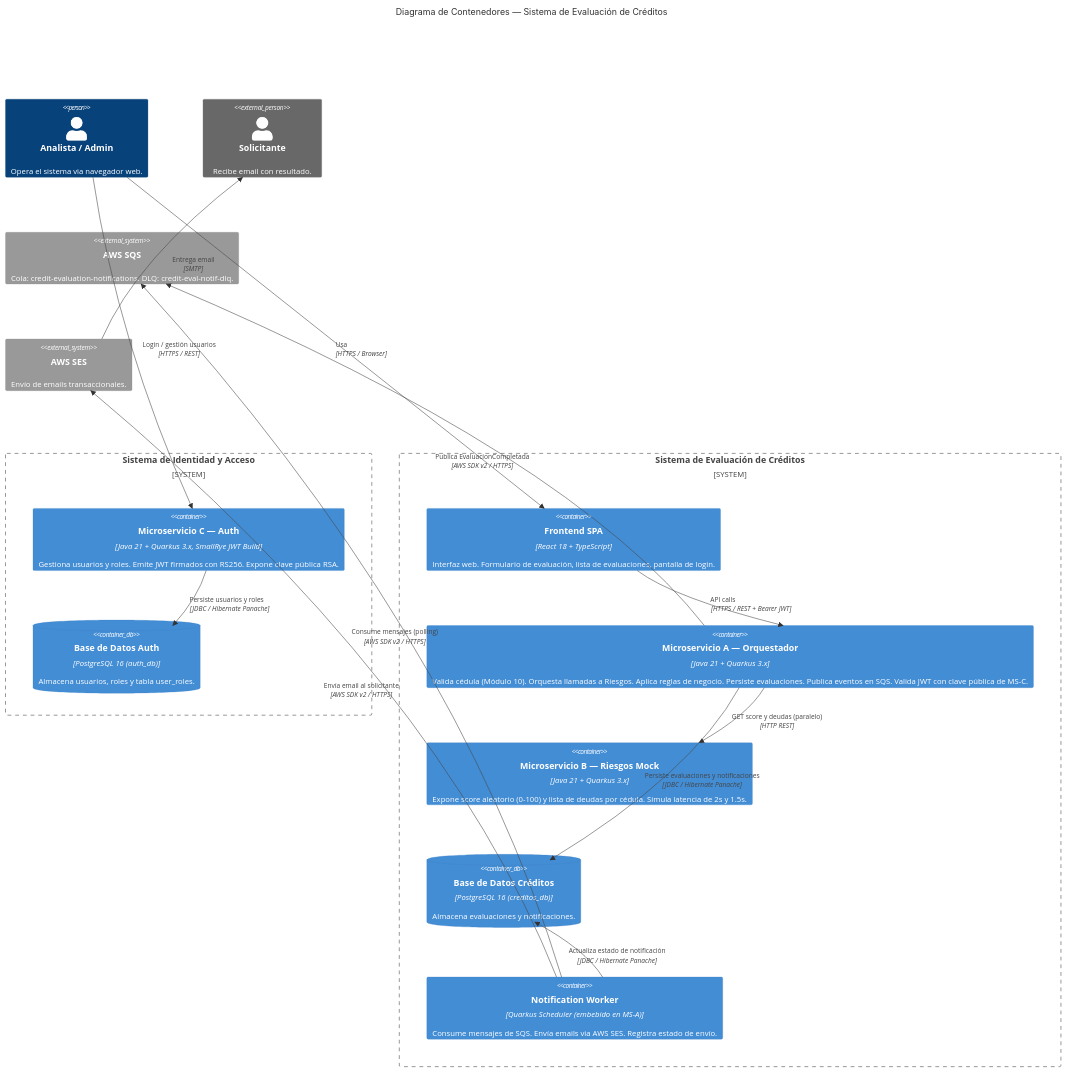
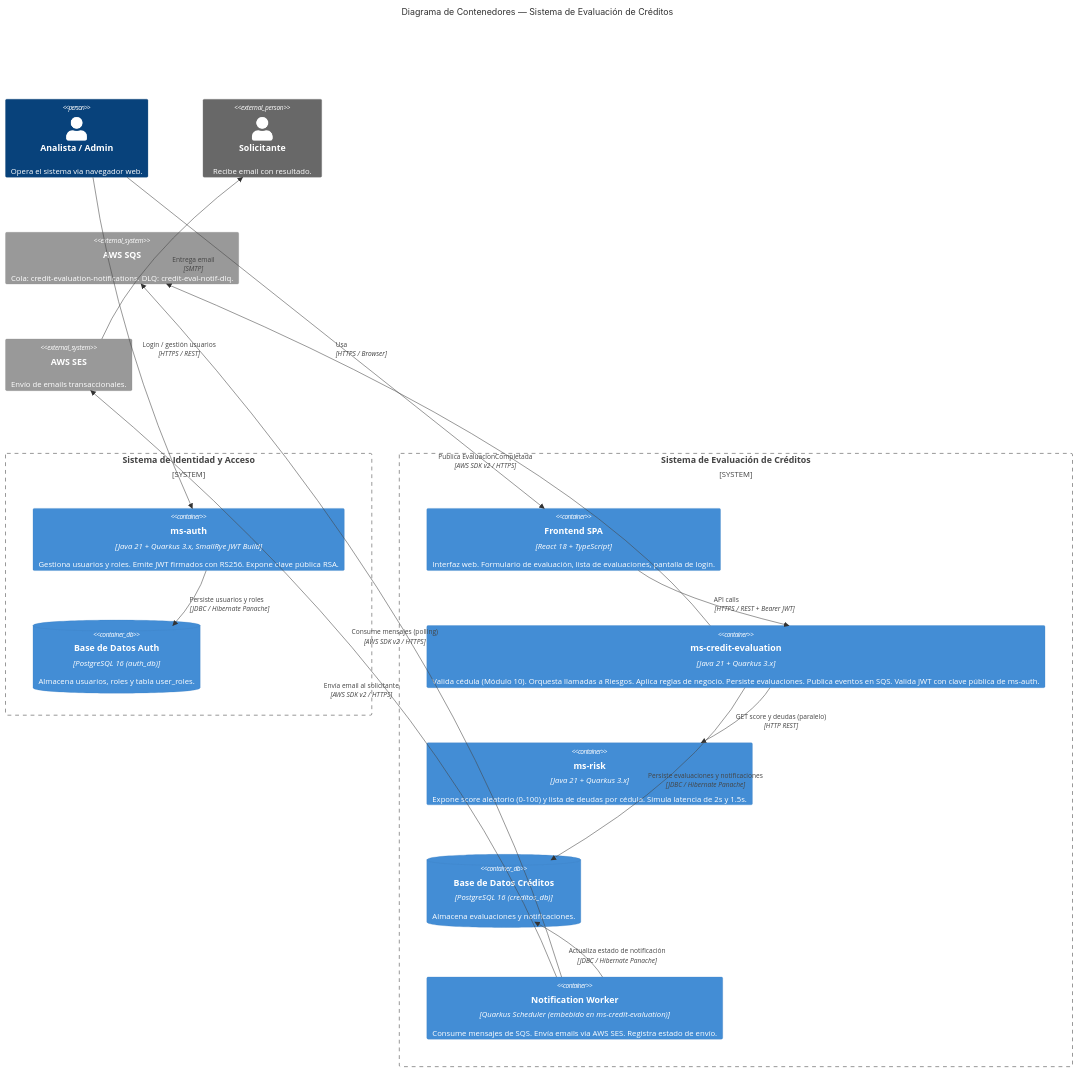
Before and after one commit to AndersonElit/sistema-evaluacion-creditos: the diagram in docs/04-c4-container.md, drawn with Mermaid. The commit also changed other lines of this file and 8 other files, not shown here.

````diff
--- a/docs/04-c4-container.md
+++ b/docs/04-c4-container.md
@@ -11,37 +11,37 @@
 ```mermaid
 C4Container
   title Diagrama de Contenedores — Sistema de Evaluación de Créditos
 
   Person(analista, "Analista / Admin", "Opera el sistema via navegador web.")
   Person_Ext(solicitante, "Solicitante", "Recibe email con resultado.")
 
   System_Boundary(auth_system, "Sistema de Identidad y Acceso") {
-    Container(auth_service, "Microservicio C — Auth", "Java 21 + Quarkus 3.x, SmallRye JWT Build", "Gestiona usuarios y roles. Emite JWT firmados con RS256. Expone clave pública RSA.")
+    Container(auth_service, "ms-auth", "Java 21 + Quarkus 3.x, SmallRye JWT Build", "Gestiona usuarios y roles. Emite JWT firmados con RS256. Expone clave pública RSA.")
     ContainerDb(auth_db, "Base de Datos Auth", "PostgreSQL 16 (auth_db)", "Almacena usuarios, roles y tabla user_roles.")
   }
 
   System_Boundary(credit_system, "Sistema de Evaluación de Créditos") {
     Container(frontend, "Frontend SPA", "React 18 + TypeScript", "Interfaz web. Formulario de evaluación, lista de evaluaciones, pantalla de login.")
-    Container(orchestrator, "Microservicio A — Orquestador", "Java 21 + Quarkus 3.x", "Valida cédula (Módulo 10). Orquesta llamadas a Riesgos. Aplica reglas de negocio. Persiste evaluaciones. Publica eventos en SQS. Valida JWT con clave pública de MS-C.")
-    Container(risk_service, "Microservicio B — Riesgos Mock", "Java 21 + Quarkus 3.x", "Expone score aleatorio (0-100) y lista de deudas por cédula. Simula latencia de 2s y 1.5s.")
+    Container(orchestrator, "ms-credit-evaluation", "Java 21 + Quarkus 3.x", "Valida cédula (Módulo 10). Orquesta llamadas a Riesgos. Aplica reglas de negocio. Persiste evaluaciones. Publica eventos en SQS. Valida JWT con clave pública de ms-auth.")
+    Container(risk_service, "ms-risk", "Java 21 + Quarkus 3.x", "Expone score aleatorio (0-100) y lista de deudas por cédula. Simula latencia de 2s y 1.5s.")
     ContainerDb(credit_db, "Base de Datos Créditos", "PostgreSQL 16 (creditos_db)", "Almacena evaluaciones y notificaciones.")
-    Container(notif_worker, "Notification Worker", "Quarkus Scheduler (embebido en MS-A)", "Consume mensajes de SQS. Envía emails via AWS SES. Registra estado de envío.")
+    Container(notif_worker, "Notification Worker", "Quarkus Scheduler (embebido en ms-credit-evaluation)", "Consume mensajes de SQS. Envía emails via AWS SES. Registra estado de envío.")
   }
 
   System_Ext(aws_sqs, "AWS SQS", "Cola: credit-evaluation-notifications. DLQ: credit-eval-notif-dlq.")
   System_Ext(aws_ses, "AWS SES", "Envío de emails transaccionales.")
 
   Rel(analista, frontend, "Usa", "HTTPS / Browser")
   Rel(analista, auth_service, "Login / gestión usuarios", "HTTPS / REST")
   Rel(auth_service, auth_db, "Persiste usuarios y roles", "JDBC / Hibernate Panache")
   Rel(frontend, orchestrator, "API calls", "HTTPS / REST + Bearer JWT")
   Rel(orchestrator, risk_service, "GET score y deudas (paralelo)", "HTTP REST")
   Rel(orchestrator, credit_db, "Persiste evaluaciones y notificaciones", "JDBC / Hibernate Panache")
   Rel(orchestrator, aws_sqs, "Publica EvaluacionCompletada", "AWS SDK v2 / HTTPS")
   Rel(notif_worker, aws_sqs, "Consume mensajes (polling)", "AWS SDK v2 / HTTPS")
   Rel(notif_worker, credit_db, "Actualiza estado de notificación", "JDBC / Hibernate Panache")
   Rel(notif_worker, aws_ses, "Envía email al solicitante", "AWS SDK v2 / HTTPS")
   Rel(aws_ses, solicitante, "Entrega email", "SMTP")
 
   UpdateLayoutConfig($c4ShapeInRow="3", $c4BoundaryInRow="2")
 ```
````
